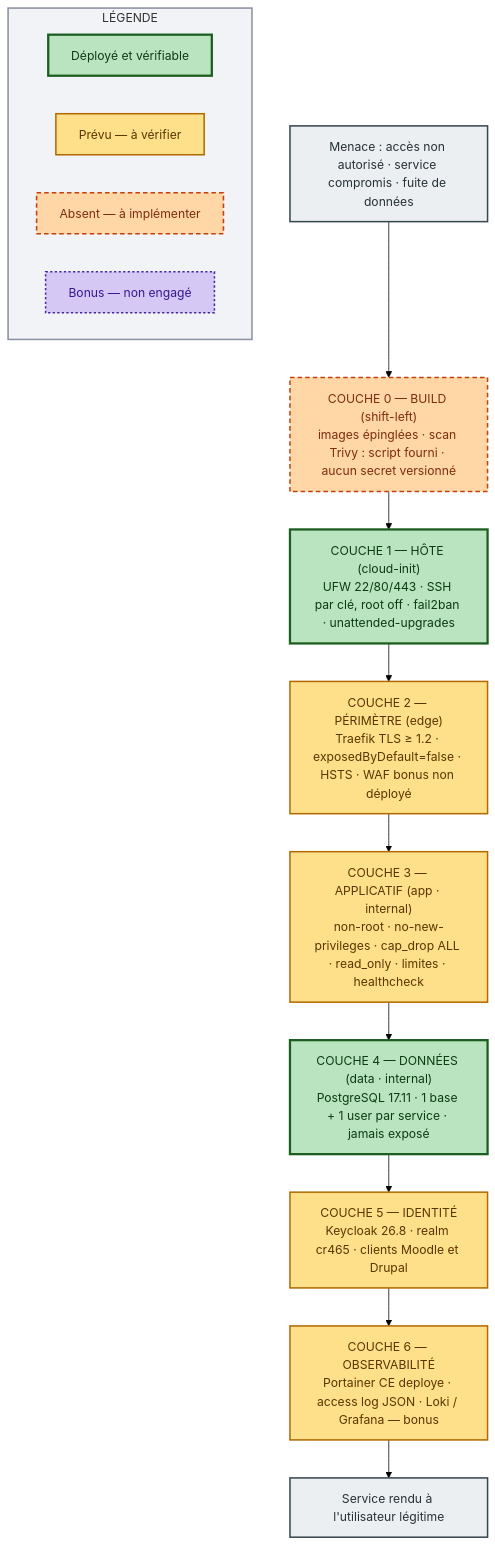
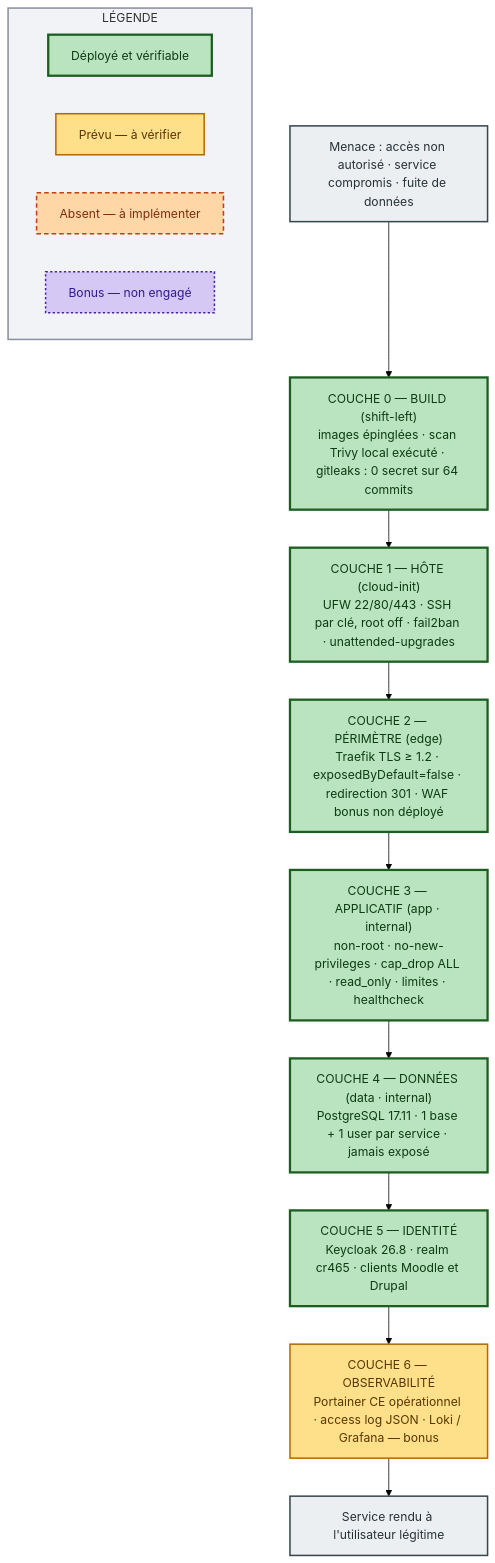
One commit to 20GHhub19/CR465-travail-de-session changed the diagram in docs/architecture/05-defense-en-profondeur.md. Above: the diagram before and after it, drawn with Mermaid (forest theme). The commit also changed other lines of this file and 10 other files, not shown here.

````diff
--- a/docs/architecture/05-defense-en-profondeur.md
+++ b/docs/architecture/05-defense-en-profondeur.md
@@ -10,41 +14,40 @@
 ```mermaid
 flowchart TB
     MENACE["Menace : accès non autorisé · service compromis · fuite de données"]
 
-    C0["COUCHE 0 — BUILD (shift-left)<br/>images épinglées · scan Trivy : script fourni · aucun secret versionné"]
+    C0["COUCHE 0 — BUILD (shift-left)<br/>images épinglées · scan Trivy local exécuté · gitleaks : 0 secret sur 64 commits"]
     C1["COUCHE 1 — HÔTE (cloud-init)<br/>UFW 22/80/443 · SSH par clé, root off · fail2ban · unattended-upgrades"]
-    C2["COUCHE 2 — PÉRIMÈTRE (edge)<br/>Traefik TLS ≥ 1.2 · exposedByDefault=false · HSTS · WAF bonus non déployé"]
+    C2["COUCHE 2 — PÉRIMÈTRE (edge)<br/>Traefik TLS ≥ 1.2 · exposedByDefault=false · redirection 301 · WAF bonus non déployé"]
     C3["COUCHE 3 — APPLICATIF (app · internal)<br/>non-root · no-new-privileges · cap_drop ALL · read_only · limites · healthcheck"]
     C4["COUCHE 4 — DONNÉES (data · internal)<br/>PostgreSQL 17.11 · 1 base + 1 user par service · jamais exposé"]
     C5["COUCHE 5 — IDENTITÉ<br/>Keycloak 26.8 · realm cr465 · clients Moodle et Drupal"]
-    C6["COUCHE 6 — OBSERVABILITÉ<br/>Portainer CE deploye · access log JSON · Loki / Grafana — bonus"]
+    C6["COUCHE 6 — OBSERVABILITÉ<br/>Portainer CE opérationnel · access log JSON · Loki / Grafana — bonus"]
 
     SERVICE["Service rendu à l'utilisateur légitime"]
 
     MENACE --> C0 --> C1 --> C2 --> C3 --> C4 --> C5 --> C6 --> SERVICE
 
     subgraph LEG["LÉGENDE"]
         direction LR
         G1["Déployé et vérifiable"]
         G2["Prévu — à vérifier"]
         G3["Absent — à implémenter"]
         G4["Bonus — non engagé"]
     end
 
     classDef deployed fill:#b9e4bf,stroke:#1b5e20,stroke-width:3px,color:#0d3b12
     classDef partial fill:#ffe08a,stroke:#b26a00,stroke-width:2px,color:#5a3600
     classDef toBuild fill:#ffd6a5,stroke:#c2410c,stroke-width:2px,stroke-dasharray:6 4,color:#7c2d12
     classDef bonus fill:#d6c8f5,stroke:#4527a0,stroke-width:2px,stroke-dasharray:3 3,color:#311b92
     classDef zone fill:#f2f3f7,stroke:#8a8fa3,stroke-width:2px
     classDef bookend fill:#eceff1,stroke:#37474f,stroke-width:2px,color:#263238
 
-    class C1,C4 deployed
-    class C2,C3,C5,C6 partial
-    class C0 toBuild
+    class C0,C1,C2,C3,C4,C5 deployed
+    class C6 partial
     class MENACE,SERVICE bookend
     class G1 deployed
     class G2 partial
     class G3 toBuild
     class G4 bonus
     class LEG zone
 ```
````
